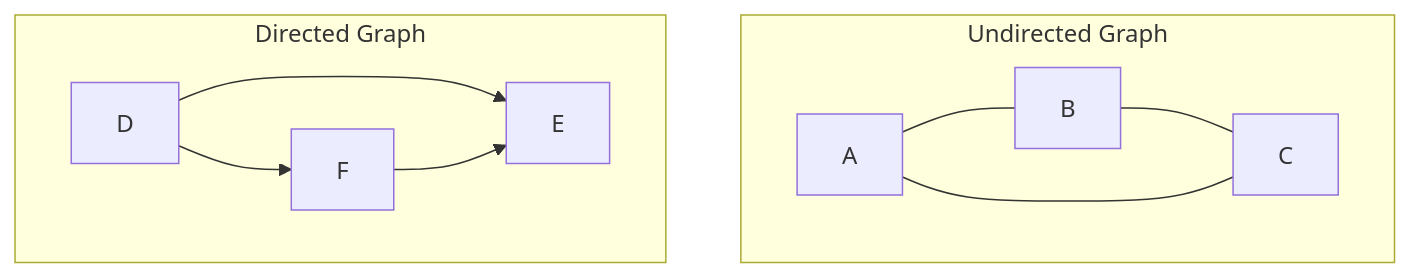
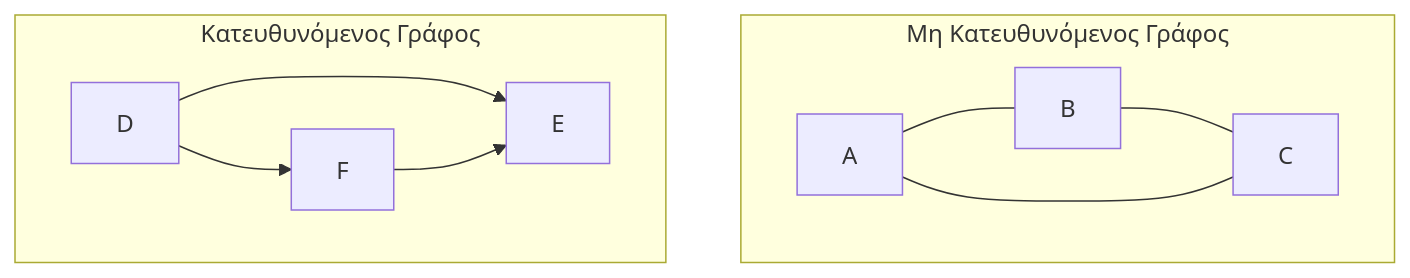
One commit to PanagopoulosNikolaos/DitOpenNotes changed the first of 7 diagrams in Year_1/Semester_2/DISCRETE_MATHEMATICS/Resources/Notes/6_Graph Theory.md. Above: the diagram before and after it, drawn with Mermaid. The commit also changed other lines of this file and 8 other files, not shown here.

````diff
--- a/Year_1/Semester_2/DISCRETE_MATHEMATICS/Resources/Notes/6_Graph Theory.md
+++ b/Year_1/Semester_2/DISCRETE_MATHEMATICS/Resources/Notes/6_Graph Theory.md
@@ -18,13 +18,13 @@
 ```mermaid
 graph TD
-    subgraph Undirected Graph
+    subgraph Μη Κατευθυνόμενος Γράφος
         A --- B
         B --- C
         C --- A
     end
-    subgraph Directed Graph
+    subgraph Κατευθυνόμενος Γράφος
         D --> E
         F --> E
         D --> F
     end
 ```
````
